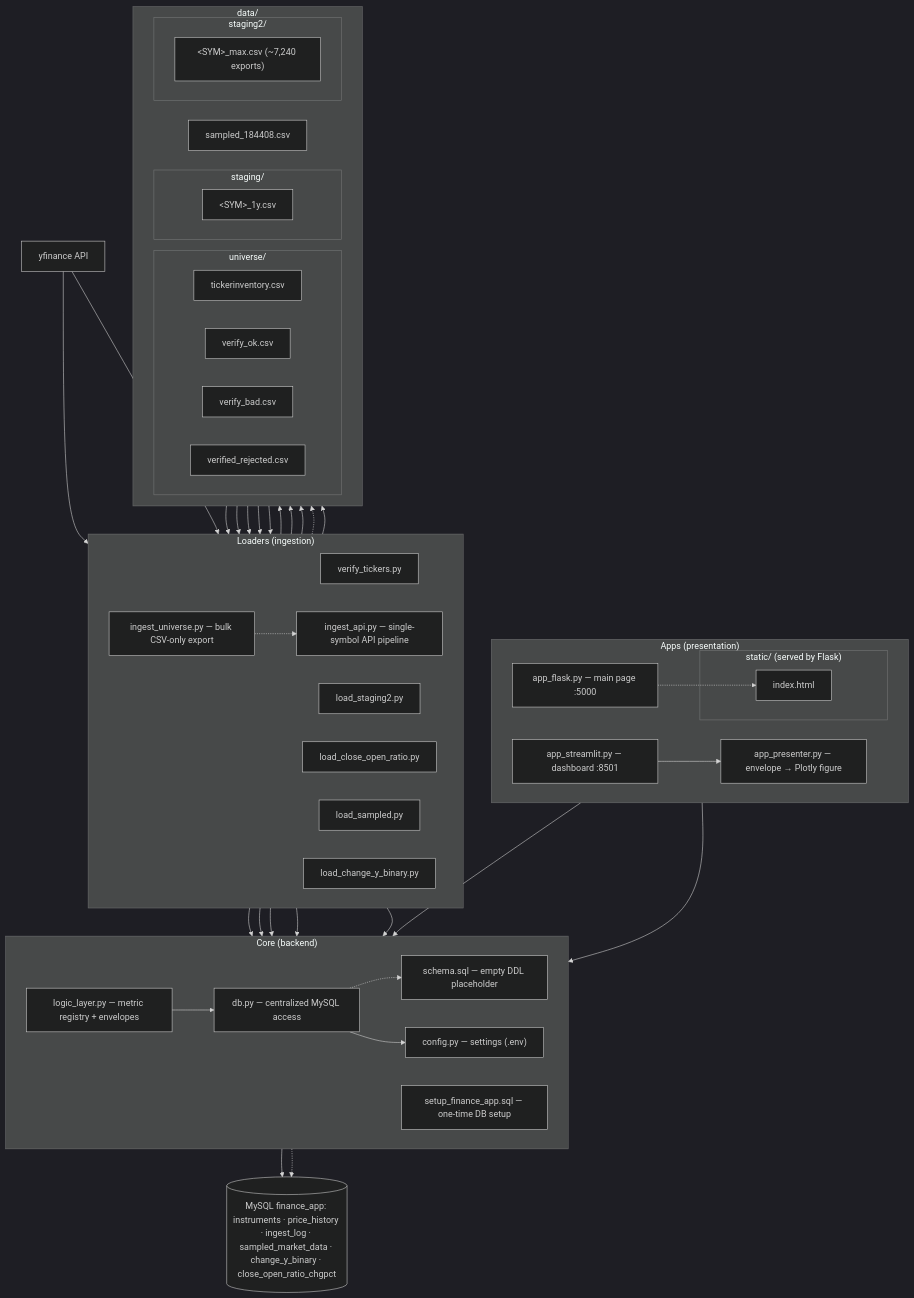
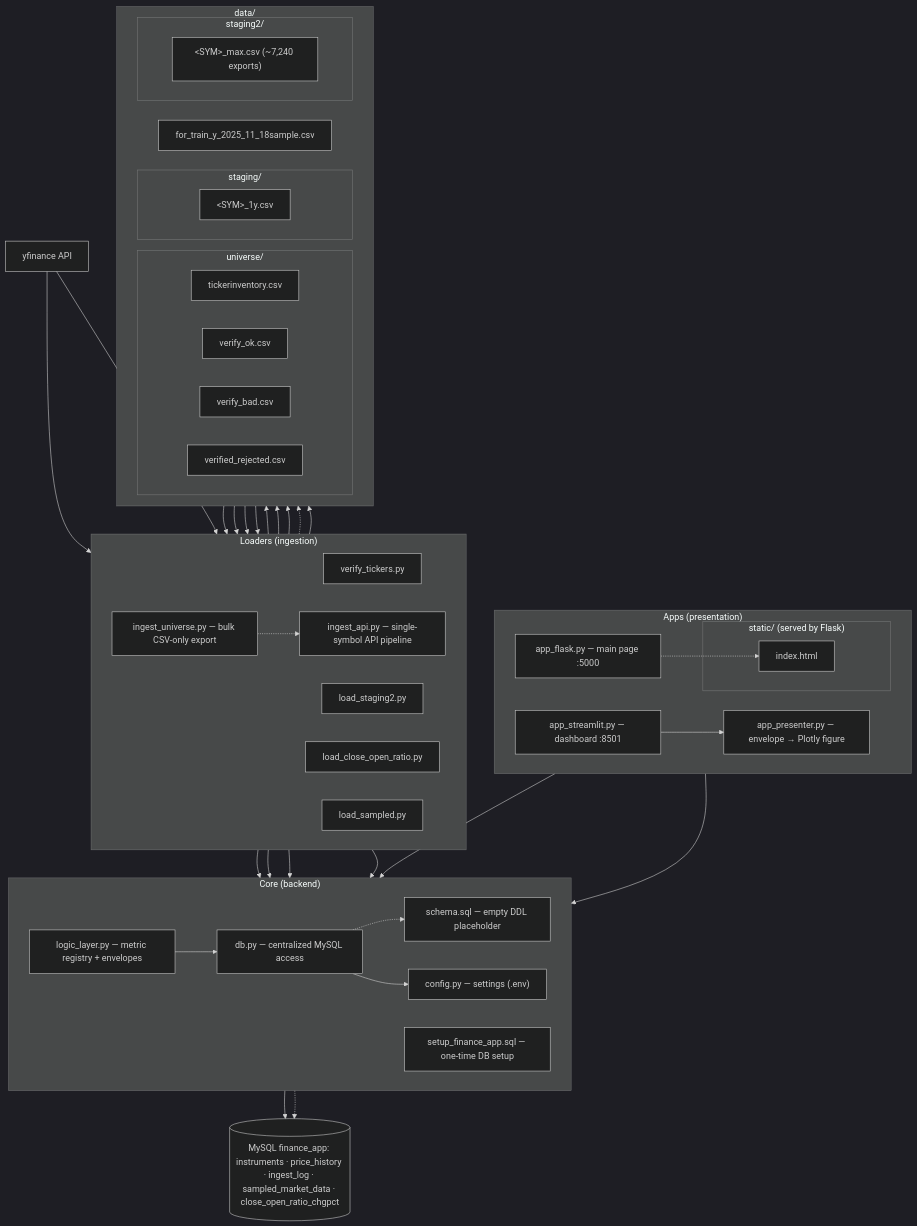
Before and after one commit to nickhsu989/AIPE04_midterm: the first of 2 diagrams in docs/architecture.md, drawn with Mermaid (dark theme). The commit also changed other lines of this file and 9 other files, not shown here.

````diff
--- a/docs/architecture.md
+++ b/docs/architecture.md
@@ -10,76 +10,73 @@
 ```mermaid
 flowchart TD
     subgraph APPS["Apps (presentation)"]
         direction LR
         fl["app_flask.py — main page :5000"]
         sl["app_streamlit.py — dashboard :8501"]
         pres["app_presenter.py — envelope → Plotly figure"]
         subgraph STATIC["static/ (served by Flask)"]
             idx["index.html"]
         end
     end
     subgraph LOADERS["Loaders (ingestion)"]
         direction LR
         v["verify_tickers.py"]
         api["ingest_api.py — single-symbol API pipeline"]
         u["ingest_universe.py — bulk CSV-only export"]
         l2["load_staging2.py"]
         lratio["load_close_open_ratio.py"]
         lsam["load_sampled.py"]
-        lbin["load_change_y_binary.py"]
     end
     subgraph CORE["Core (backend)"]
         direction LR
         ll["logic_layer.py — metric registry + envelopes"]
         db["db.py — centralized MySQL access"]
         cfg["config.py — settings (.env)"]
         sch["schema.sql — empty DDL placeholder"]
         setup["setup_finance_app.sql — one-time DB setup"]
     end
     subgraph DATA["data/"]
         direction LR
-        smp["sampled_184408.csv"]
+        smp["for_train_y_2025_11_18sample.csv"]
         subgraph UNIV["universe/"]
             ti["tickerinventory.csv"]
             vok["verify_ok.csv"]
             vbad["verify_bad.csv"]
             rej2["verified_rejected.csv"]
         end
         subgraph STAG["staging/"]
             stg["&lt;SYM&gt;_1y.csv"]
         end
         subgraph STAG2["staging2/"]
             s2["&lt;SYM&gt;_max.csv (~7,240 exports)"]
         end
     end
     yf["yfinance API"]
-    mysql[("MySQL finance_app: instruments · price_history · ingest_log · sampled_market_data · change_y_binary · close_open_ratio_chgpct")]
+    mysql[("MySQL finance_app: instruments · price_history · ingest_log · sampled_market_data · close_open_ratio_chgpct")]
 
     yf --> v
     yf --> api
     smp --> lsam
-    smp --> lbin
     v --> vok
     v --> vbad
     vok --> u
     u --> s2
     s2 --> l2
     s2 --> lratio
     l2 -.-> rej2
     u -.-> api
     api --> stg
     l2 --> db
     lratio --> db
     lsam --> db
-    lbin --> db
     api --> db
     db --> mysql
     setup -.-> mysql
     db -.-> sch
     db --> cfg
     ll --> db
     fl --> ll
     sl --> ll
     sl --> pres
     fl -.-> idx
 ```
````
